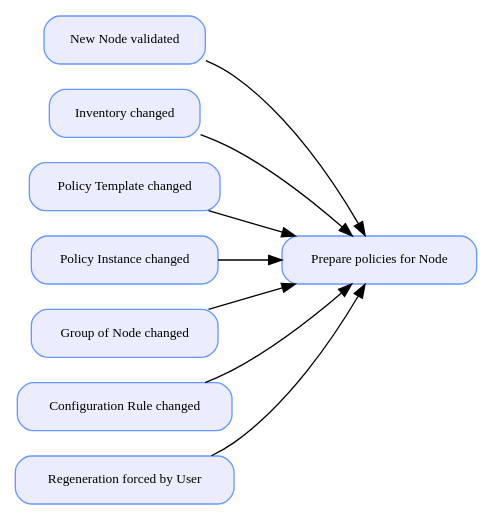
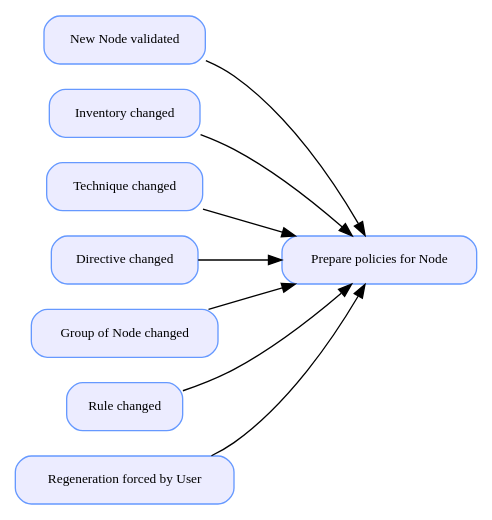
Before and after one commit to Normation/rudder-doc: the diagram in graphviz/generate_policy_workflow.dot, drawn with Graphviz. The commit also changed 2 other files, not shown here.

Commit message:
issue #2337 graphviz graphes updated with new names

```diff
--- a/graphviz/generate_policy_workflow.dot
+++ b/graphviz/generate_policy_workflow.dot
@@ -1,17 +1,17 @@
 digraph generate_policy_workflow{
 rankdir=LR;
 node [shape=Mrecord, style = filled, color="#6699ff", fillcolor="#ececff",
 fontsize=10];
 
 newnode      [label = "New Node validated"];
 nodechanged  [label = "Inventory changed"] ;
-ptchanged    [label = "Policy Template changed"];
-pichanged    [label = "Policy Instance changed"];
+techchanged  [label = "Technique changed"];
+dirchanged   [label = "Directive changed"];
 groupchanged [label = "Group of Node changed"];
-crchanged    [label = "Configuration Rule changed"];
+rchanged     [label = "Rule changed"];
 forcechange  [label = "Regeneration forced by User"];
 preparepol   [label = "Prepare policies for Node"];
 
-{newnode nodechanged ptchanged pichanged groupchanged crchanged forcechange} -> preparepol ;
+{newnode nodechanged techchanged dirchanged groupchanged rchanged forcechange} -> preparepol ;
 
 }
```
